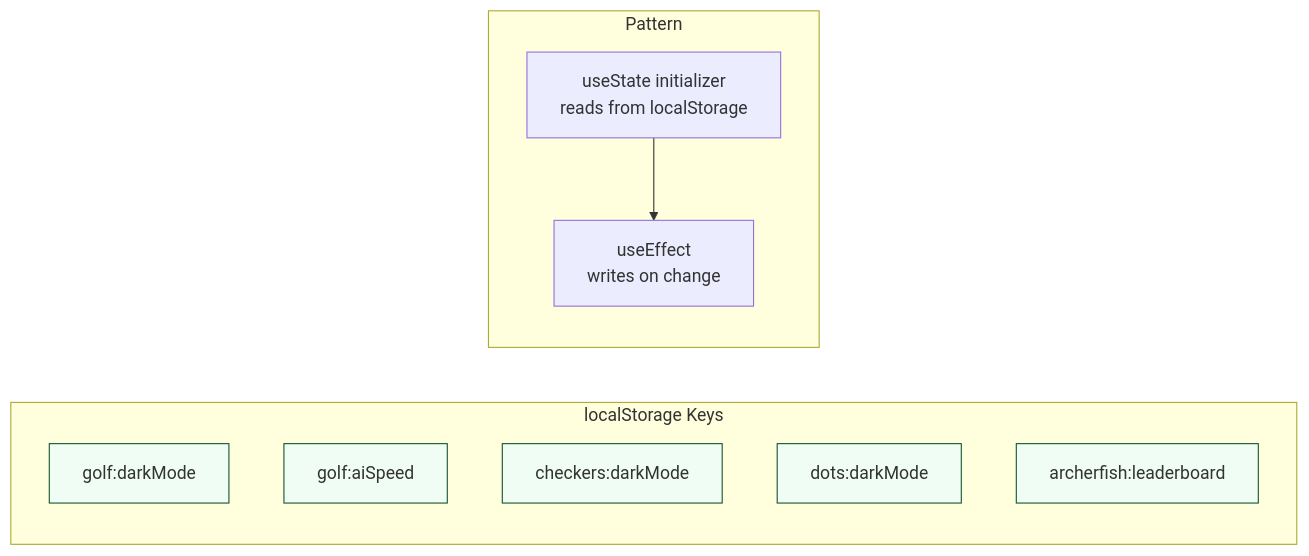
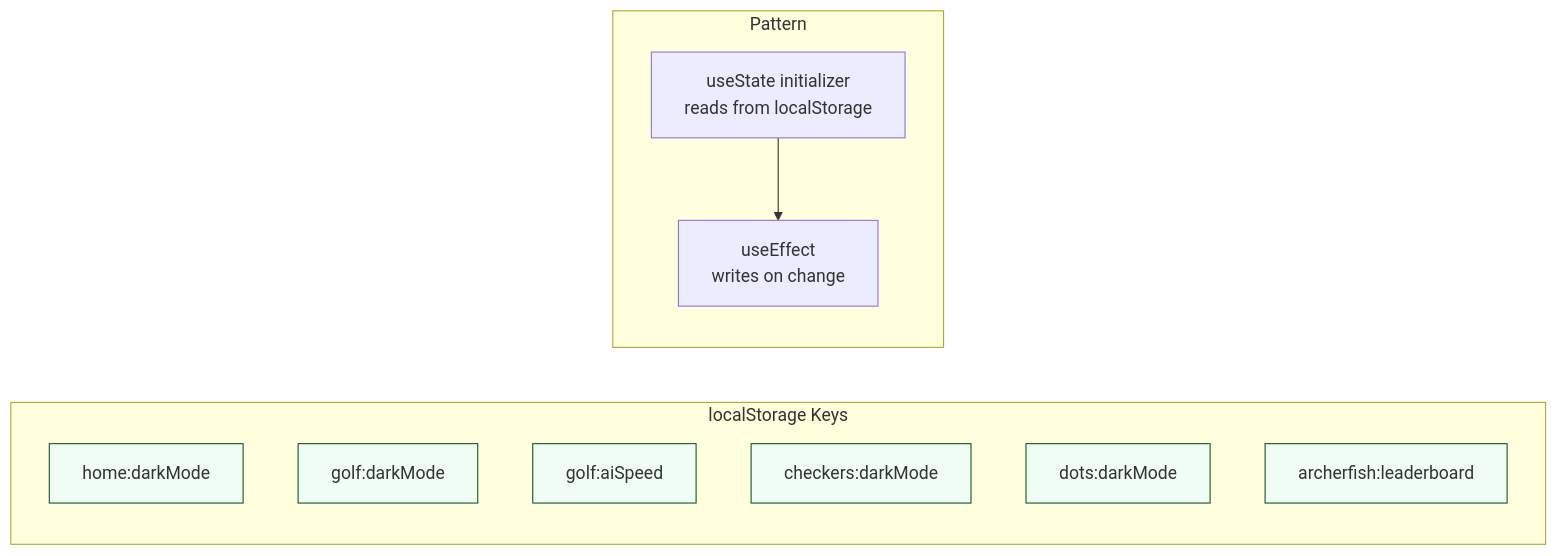
Diagram 12 of 13 in ARCHITECTURE.md (tseitzin/my-online-games), drawn with Mermaid before and after one commit. The commit also changed other lines of this file and 23 other files, not shown here.

````diff
--- a/ARCHITECTURE.md
+++ b/ARCHITECTURE.md
@@ -554,24 +561,26 @@
 ```mermaid
 flowchart LR
     subgraph "localStorage Keys"
         direction TB
-        K1["golf:darkMode"]
-        K2["golf:aiSpeed"]
-        K3["checkers:darkMode"]
-        K4["dots:darkMode"]
-        K5["archerfish:leaderboard"]
+        K1["home:darkMode"]
+        K2["golf:darkMode"]
+        K3["golf:aiSpeed"]
+        K4["checkers:darkMode"]
+        K5["dots:darkMode"]
+        K6["archerfish:leaderboard"]
     end
 
     subgraph "Pattern"
         direction TB
         Read["useState initializer<br/>reads from localStorage"]
         Write["useEffect<br/>writes on change"]
         Read --> Write
     end
 
     style K1 fill:#f0fdf4,stroke:#14532d
     style K2 fill:#f0fdf4,stroke:#14532d
     style K3 fill:#f0fdf4,stroke:#14532d
     style K4 fill:#f0fdf4,stroke:#14532d
     style K5 fill:#f0fdf4,stroke:#14532d
+    style K6 fill:#f0fdf4,stroke:#14532d
 ```
````
